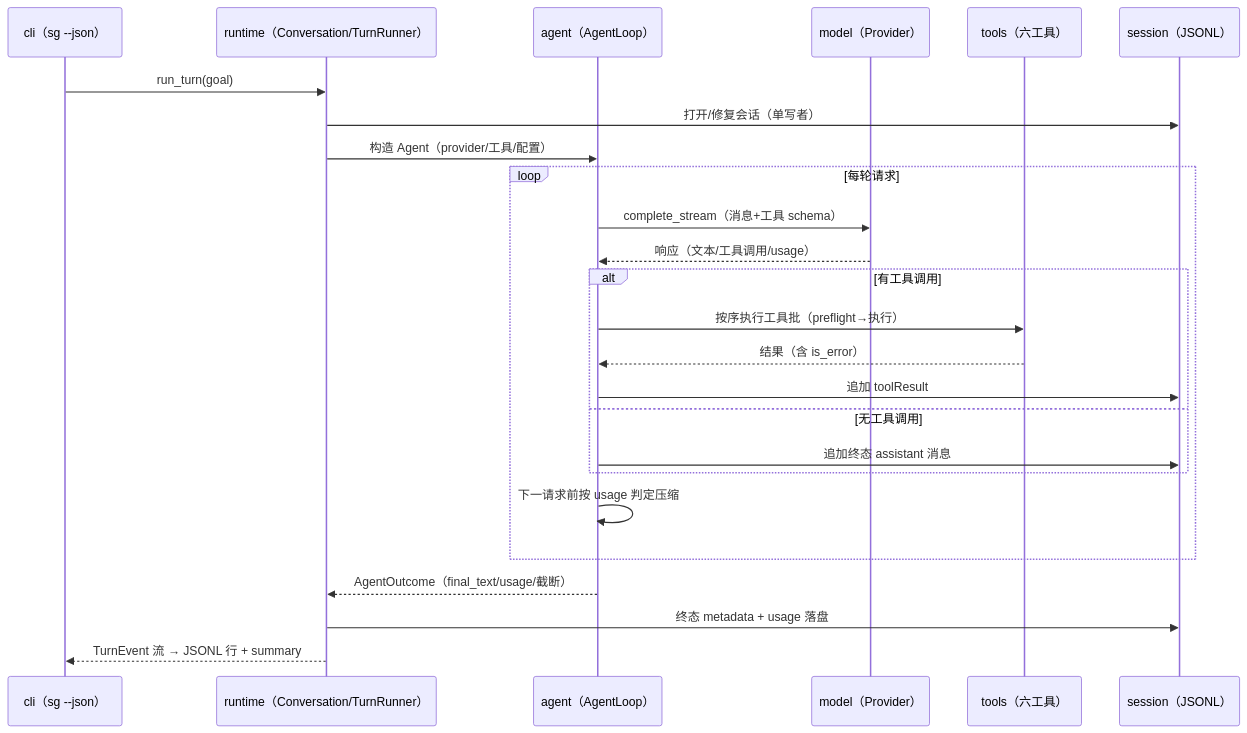
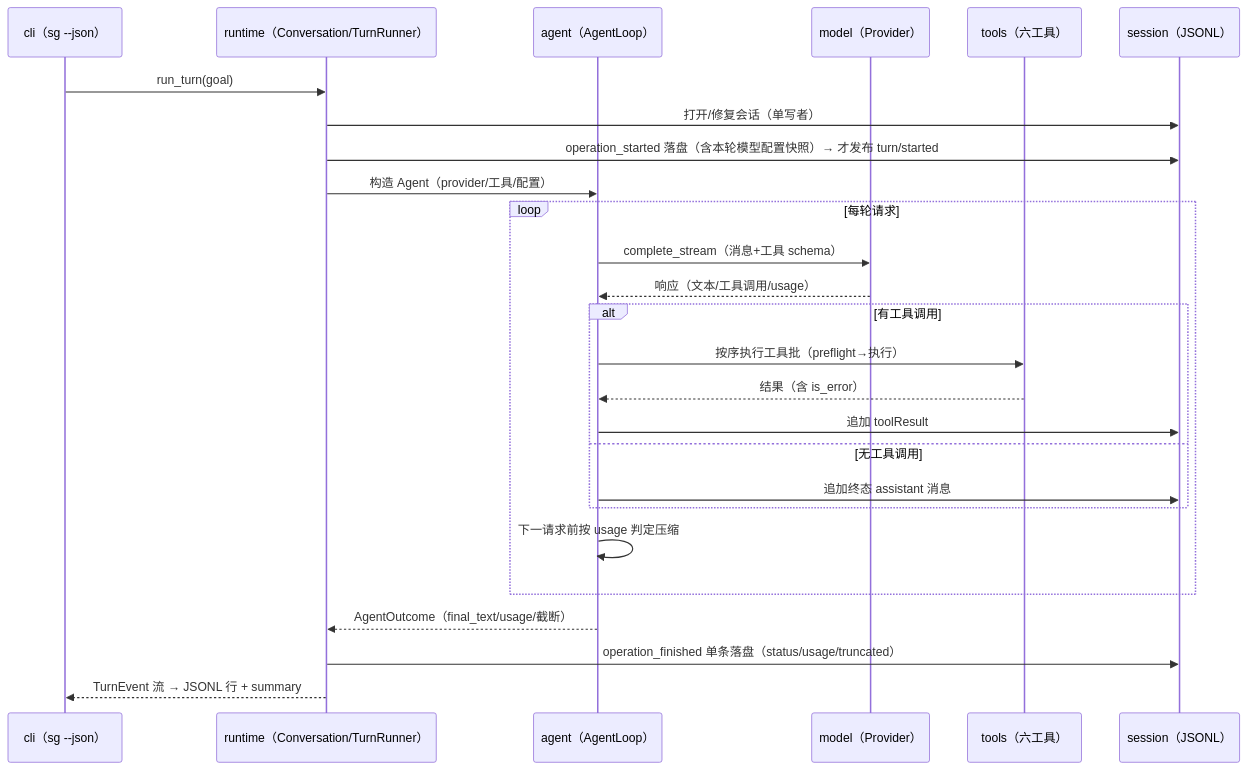
One commit to qjcnmd/singularity-agent changed the ninth of 9 diagrams in docs/repository-map.md. Above: the diagram before and after it, drawn with Mermaid. The commit also changed 104 other files, not shown here.

````diff
--- a/docs/repository-map.md
+++ b/docs/repository-map.md
@@ -223,28 +223,29 @@
 ```mermaid
 sequenceDiagram
     participant CLI as cli（sg --json）
     participant RT as runtime（Conversation/TurnRunner）
     participant AG as agent（AgentLoop）
     participant MD as model（Provider）
     participant TL as tools（六工具）
     participant SS as session（JSONL）
 
     CLI->>RT: run_turn(goal)
     RT->>SS: 打开/修复会话（单写者）
+    RT->>SS: operation_started 落盘（含本轮模型配置快照）→ 才发布 turn/started
     RT->>AG: 构造 Agent（provider/工具/配置）
     loop 每轮请求
         AG->>MD: complete_stream（消息+工具 schema）
         MD-->>AG: 响应（文本/工具调用/usage）
         alt 有工具调用
             AG->>TL: 按序执行工具批（preflight→执行）
             TL-->>AG: 结果（含 is_error）
             AG->>SS: 追加 toolResult
         else 无工具调用
             AG->>SS: 追加终态 assistant 消息
         end
         AG->>AG: 下一请求前按 usage 判定压缩
     end
     AG-->>RT: AgentOutcome（final_text/usage/截断）
-    RT->>SS: 终态 metadata + usage 落盘
+    RT->>SS: operation_finished 单条落盘（status/usage/truncated）
     RT-->>CLI: TurnEvent 流 → JSONL 行 + summary
 ```
````
